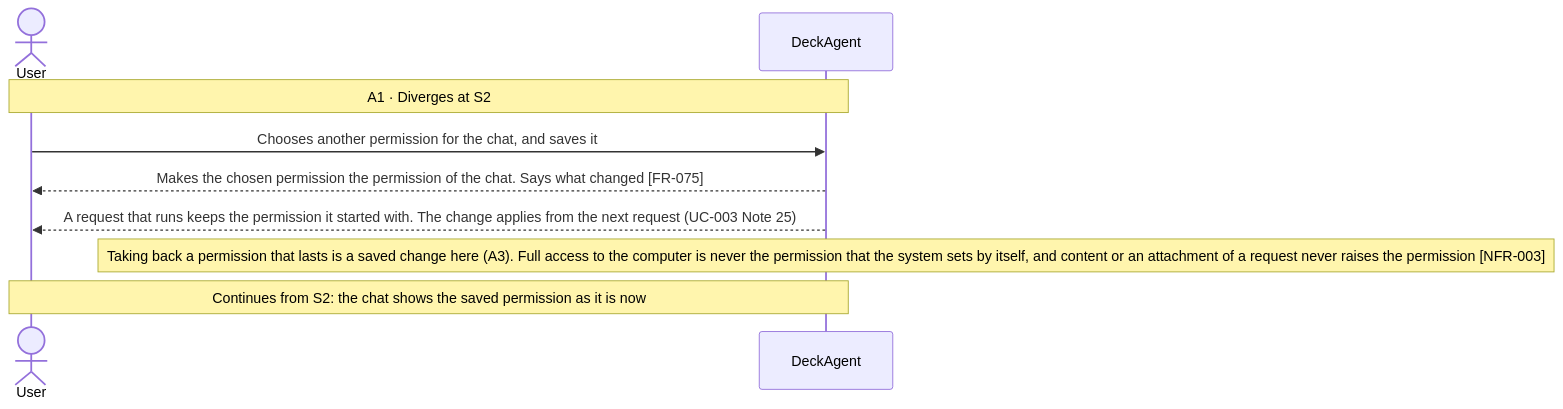
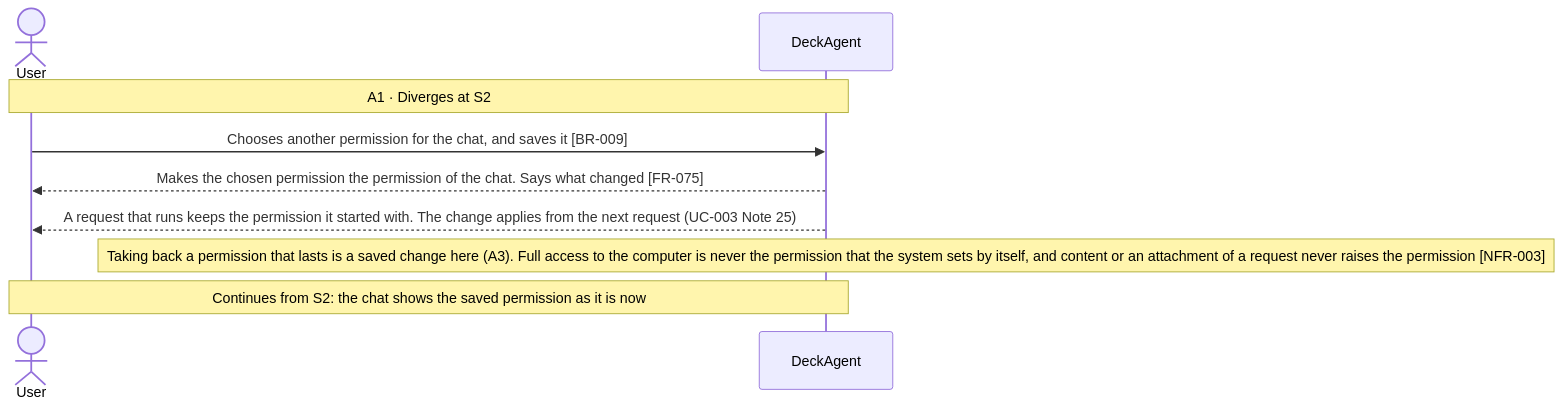
The second of 4 diagrams in docs/spec/03-use-cases/UC-014.md (Luke23127006/DeckAgent), drawn with Mermaid before and after one commit. The commit also changed other lines of this file and 19 other files, not shown here.

````diff
--- a/docs/spec/03-use-cases/UC-014.md
+++ b/docs/spec/03-use-cases/UC-014.md
@@ -61,11 +62,11 @@
 ```mermaid
 sequenceDiagram
     actor User
     participant DeckAgent
     Note over User,DeckAgent: A1 · Diverges at S2
-    User->>DeckAgent: Chooses another permission for the chat, and saves it
+    User->>DeckAgent: Chooses another permission for the chat, and saves it [BR-009]
     DeckAgent-->>User: Makes the chosen permission the permission of the chat. Says what changed [FR-075]
     DeckAgent-->>User: A request that runs keeps the permission it started with. The change applies from the next request (UC-003 Note 25)
     note over DeckAgent: Taking back a permission that lasts is a saved change here (A3). Full access to the computer is never the permission that the system sets by itself, and content or an attachment of a request never raises the permission [NFR-003]
     Note over User,DeckAgent: Continues from S2: the chat shows the saved permission as it is now
 ```
````
